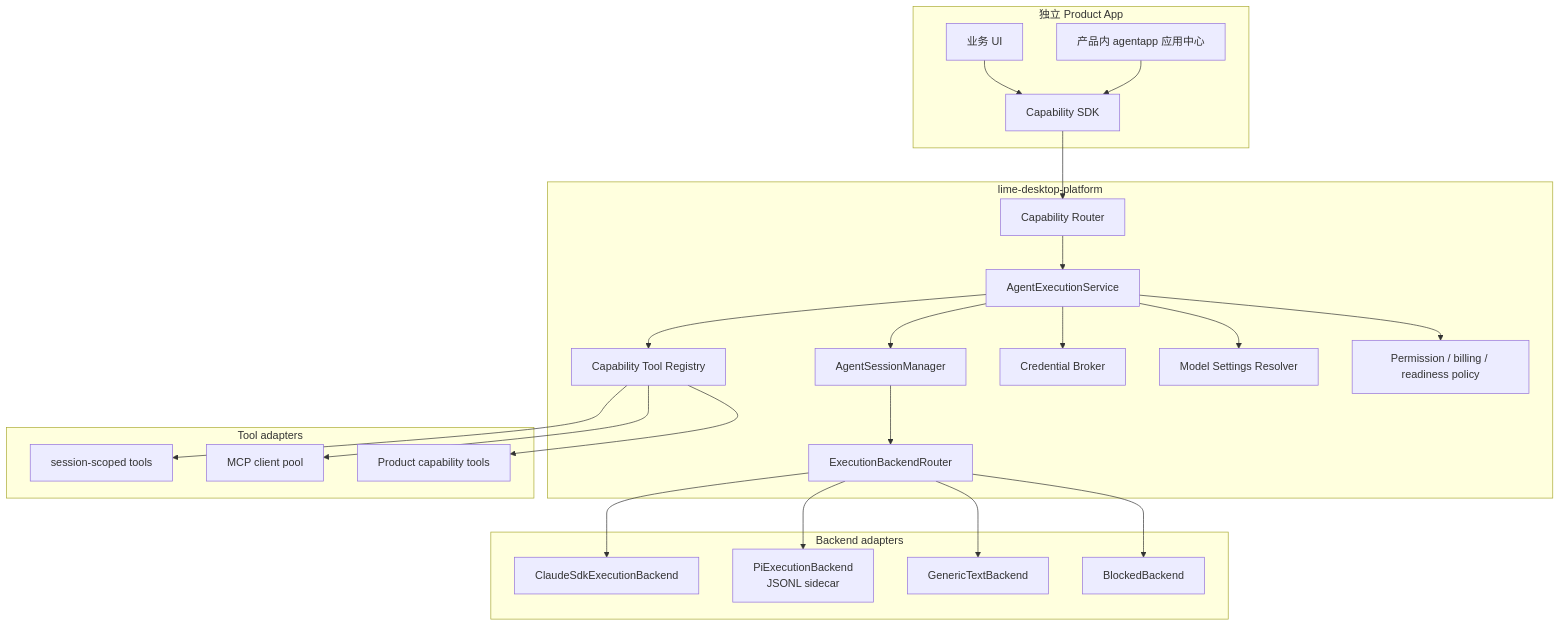
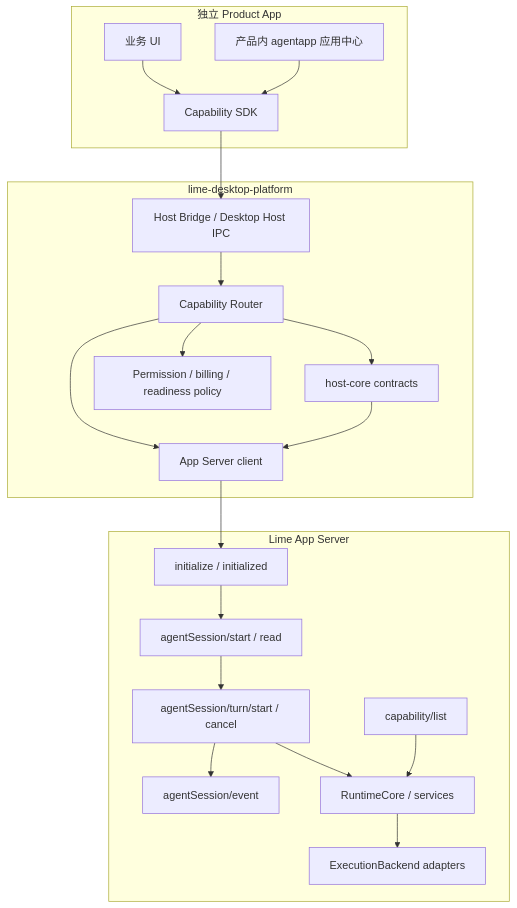
Diagram 18 of 20 in docs/v1/architecture-diagrams.md (limecloud/lime-desktop-platform), drawn with Mermaid before and after one commit. The commit also changed other lines of this file and 77 other files, not shown here.

````diff
--- a/docs/v1/architecture-diagrams.md
+++ b/docs/v1/architecture-diagrams.md
@@ -436,50 +438,42 @@
 ```mermaid
 flowchart TB
   subgraph Product[独立 Product App]
     AppUI[业务 UI]
     AgentCenter[产品内 agentapp 应用中心]
     CapSDK[Capability SDK]
   end
 
   subgraph Platform[lime-desktop-platform]
+    HostBridge[Host Bridge / Desktop Host IPC]
     CapRouter[Capability Router]
-    Exec[AgentExecutionService]
-    Session[AgentSessionManager]
-    BackendRouter[ExecutionBackendRouter]
-    ToolRegistry[Capability Tool Registry]
-    Credential[Credential Broker]
-    Model[Model Settings Resolver]
+    HostCore[host-core contracts]
+    AppServerClient[App Server client]
     Policy[Permission / billing / readiness policy]
   end
 
-  subgraph Backend[Backend adapters]
-    Claude[ClaudeSdkExecutionBackend]
-    Pi[PiExecutionBackend<br/>JSONL sidecar]
-    Generic[GenericTextBackend]
-    Blocked[BlockedBackend]
-  end
-
-  subgraph Tooling[Tool adapters]
-    SessionTools[session-scoped tools]
-    MCP[MCP client pool]
-    ProductTools[Product capability tools]
+  subgraph AppServer[Lime App Server]
+    Initialize[initialize / initialized]
+    AgentSession[agentSession/start / read]
+    Turn[agentSession/turn/start / cancel]
+    Event[agentSession/event]
+    Capability[capability/list]
+    RuntimeCore[RuntimeCore / services]
+    ExecutionBackend[ExecutionBackend adapters]
   end
 
   AppUI --> CapSDK
   AgentCenter --> CapSDK
-  CapSDK --> CapRouter
-  CapRouter --> Exec
-  Exec --> Session
-  Session --> BackendRouter
-  BackendRouter --> Claude
-  BackendRouter --> Pi
-  BackendRouter --> Generic
-  BackendRouter --> Blocked
-  Exec --> ToolRegistry
-  ToolRegistry --> SessionTools
-  ToolRegistry --> MCP
-  ToolRegistry --> ProductTools
-  Exec --> Credential
-  Exec --> Model
-  Exec --> Policy
+  CapSDK --> HostBridge
+  HostBridge --> CapRouter
+  CapRouter --> HostCore
+  CapRouter --> AppServerClient
+  HostCore --> AppServerClient
+  AppServerClient --> Initialize
+  Initialize --> AgentSession
+  AgentSession --> Turn
+  Turn --> Event
+  Turn --> RuntimeCore
+  Capability --> RuntimeCore
+  RuntimeCore --> ExecutionBackend
+  CapRouter --> Policy
 ```
````
